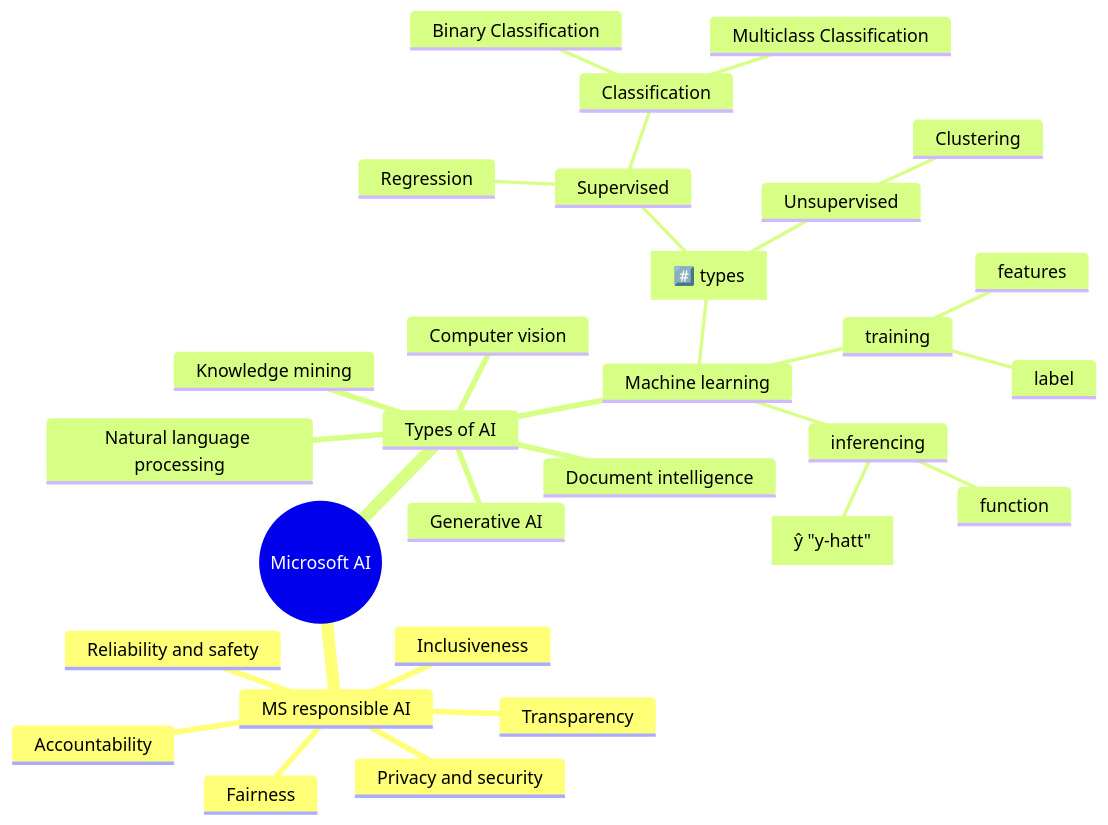
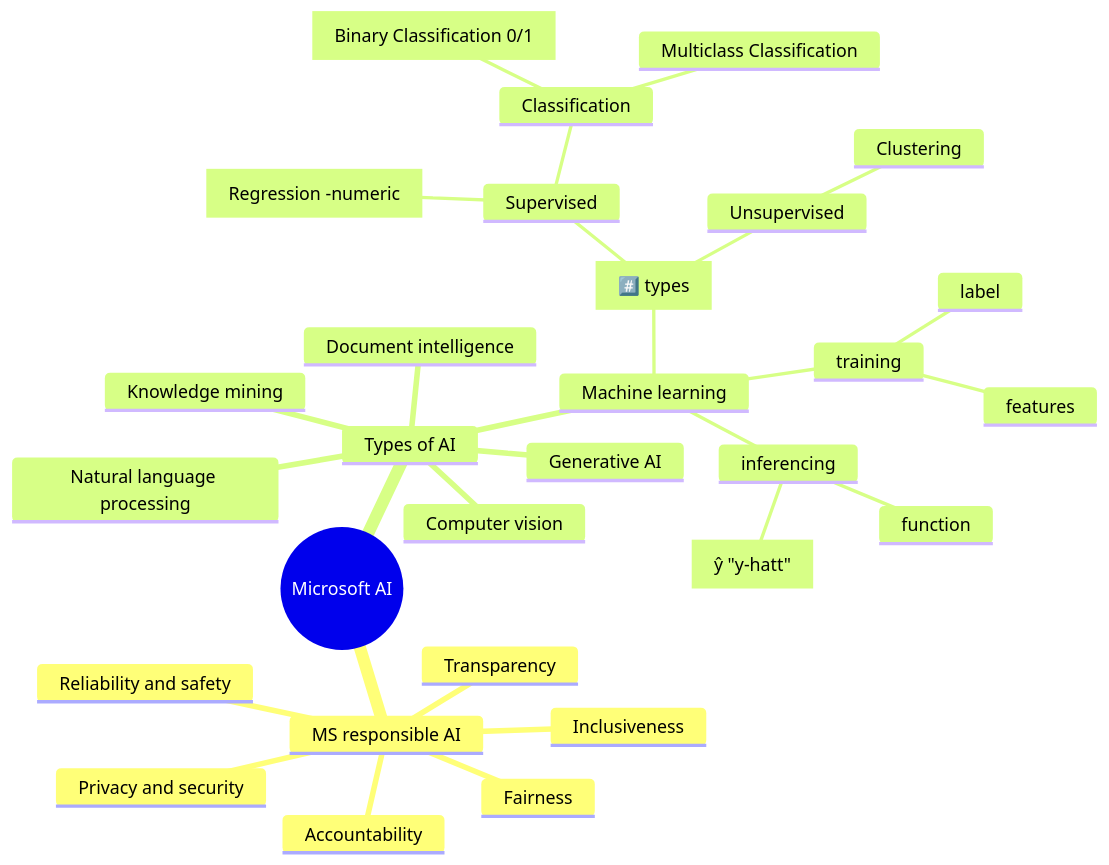
Before and after one commit to gitstua/Mindmaps: the diagram in azure-ai-fundamentals.md, drawn with Mermaid.

````diff
--- a/azure-ai-fundamentals.md
+++ b/azure-ai-fundamentals.md
@@ -5,33 +5,33 @@
 ```mermaid
 mindmap
   root((Microsoft AI))
     MS responsible AI
       Fairness
       Reliability and safety
       Privacy and security
       Inclusiveness
       Transparency
       Accountability  
     Types of AI
       Machine learning
         [#️⃣ types]
           Supervised
-            Regression
+            [Regression -numeric]
             Classification
-              Binary Classification
+              [Binary Classification 0/1]
               Multiclass Classification
           Unsupervised
             Clustering
         training
           features
           label
         inferencing
           function
           [ŷ "y-hatt"]
       Computer vision
       Natural language processing
       Document intelligence
       Knowledge mining
       Generative AI
       
 ```
````
